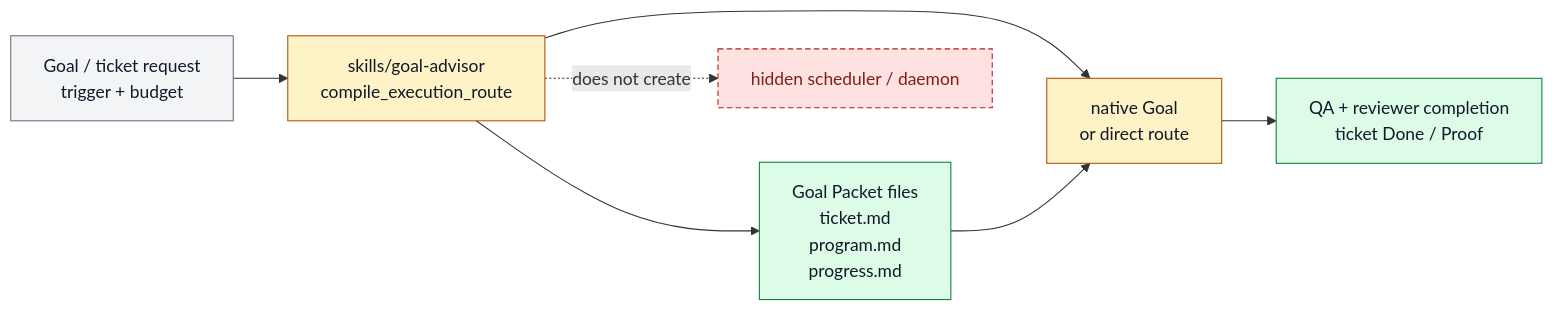
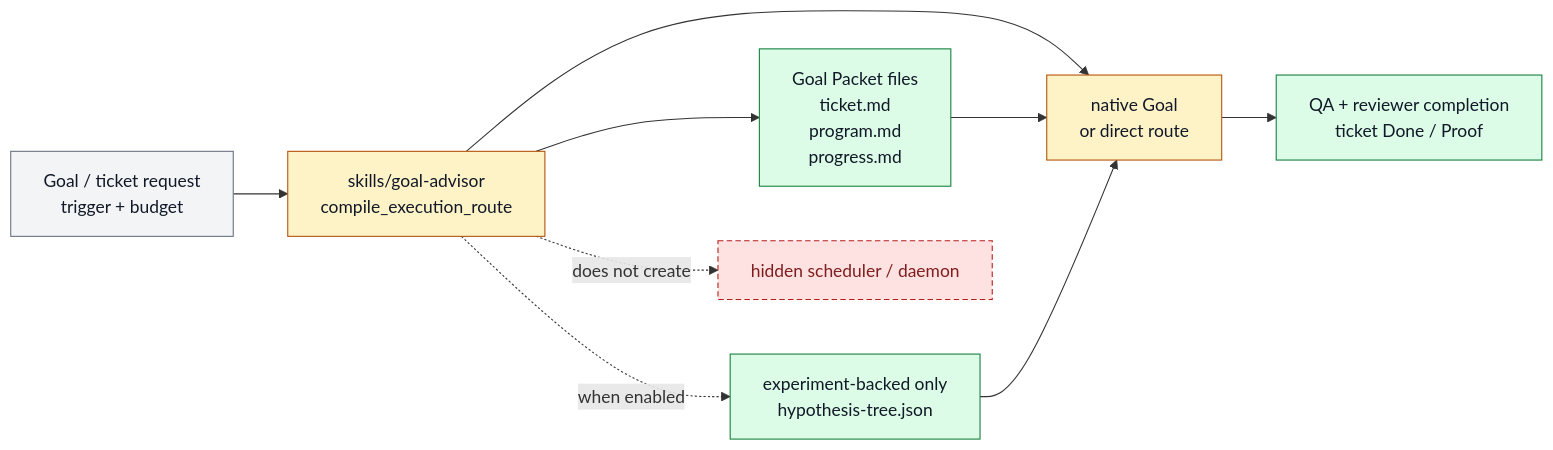
The diagram in docs/features/FEAT-0032-goal-advisor-execution-compilation.md (ZanarkandTechnologies/Farplane), drawn with Mermaid before and after one commit. The commit also changed other lines of this file and 29 other files, not shown here.

````diff
--- a/docs/features/FEAT-0032-goal-advisor-execution-compilation.md
+++ b/docs/features/FEAT-0032-goal-advisor-execution-compilation.md
@@ -97,21 +109,24 @@
 ```mermaid
 flowchart LR
   classDef keep fill:#f3f4f6,stroke:#6b7280,color:#111827
   classDef changed fill:#fef3c7,stroke:#b45309,color:#111827
   classDef added fill:#dcfce7,stroke:#15803d,color:#111827
   classDef retired fill:#fee2e2,stroke:#b91c1c,color:#7f1d1d,stroke-dasharray: 5 3
 
   request["Goal / ticket request<br/>trigger + budget"]:::keep
   advisor["skills/goal-advisor<br/>compile_execution_route"]:::changed
   packet["Goal Packet files<br/>ticket.md<br/>program.md<br/>progress.md"]:::added
+  tree["experiment-backed only<br/>hypothesis-tree.json"]:::added
   route["native Goal<br/>or direct route"]:::changed
   proof["QA + reviewer completion<br/>ticket Done / Proof"]:::added
   hidden["hidden scheduler / daemon"]:::retired
 
   request --> advisor
   advisor --> packet
+  advisor -. when enabled .-> tree
   advisor --> route
   packet --> route
+  tree --> route
   route --> proof
   advisor -. does not create .-> hidden
 ```
````
